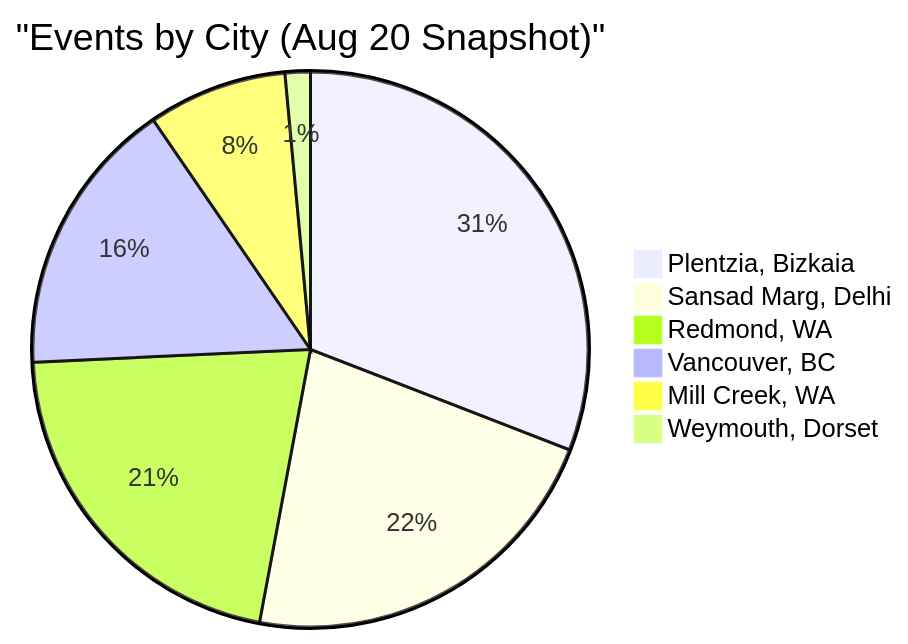
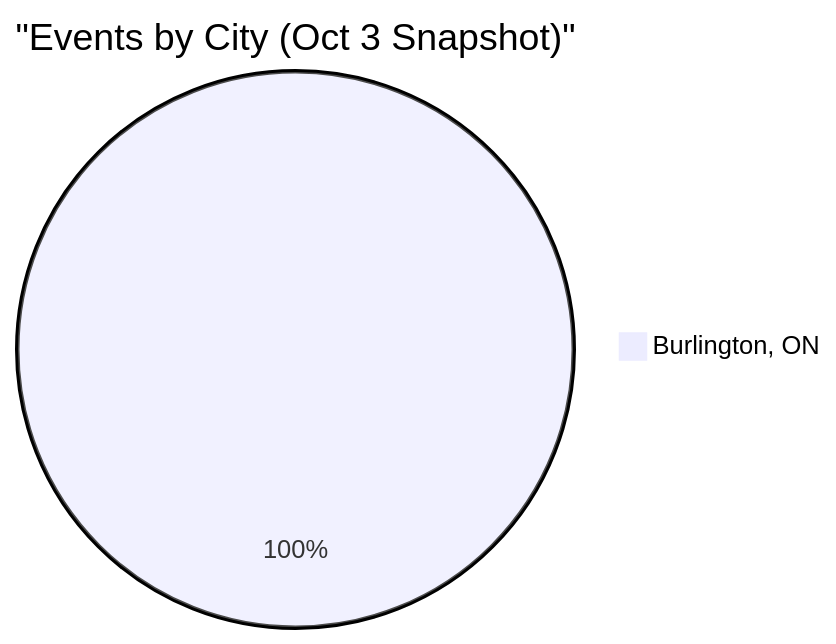
The second of 3 diagrams in docs/telemetry/usage_analytics.md (thrustCoder/gamer-uncle), drawn with Mermaid before and after one commit. The commit also changed other lines of this file, not shown here.

Commit message:
Update usage analytics with Sep 20 - Oct 3 snapshot

````diff
--- a/docs/telemetry/usage_analytics.md
+++ b/docs/telemetry/usage_analytics.md
@@ -66,9 +58,4 @@
 ```mermaid
-pie title "Events by City (Aug 20 Snapshot)"
-    "Plentzia, Bizkaia" : 42
-    "Sansad Marg, Delhi" : 30
-    "Redmond, WA" : 29
-    "Vancouver, BC" : 22
-    "Mill Creek, WA" : 11
-    "Weymouth, Dorset" : 2
+pie title "Events by City (Oct 3 Snapshot)"
+    "Burlington, ON" : 6
 ```
````
